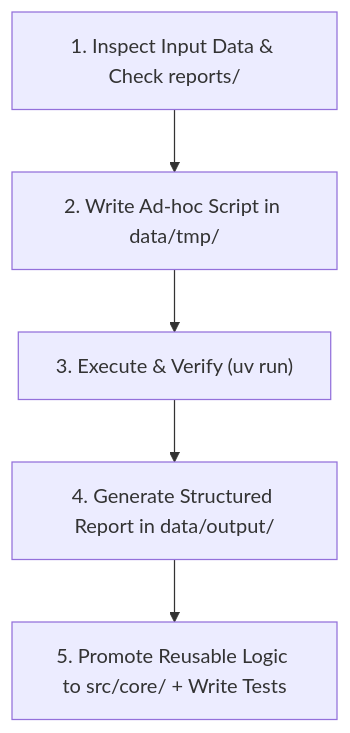
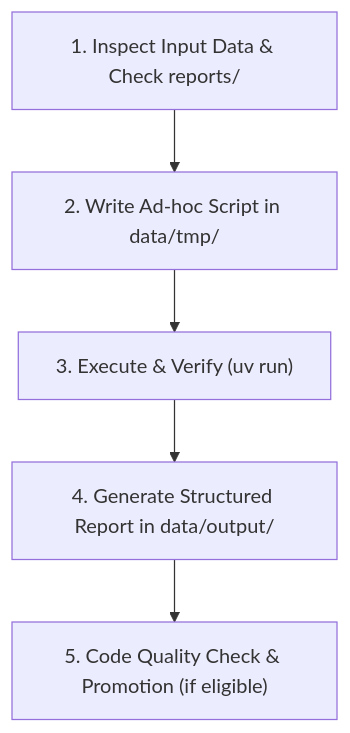
Before and after one commit to elmhuangyu/financial-bot: the diagram in AGENTS.md, drawn with Mermaid. The commit also changed other lines of this file and 4 other files, not shown here.

````diff
--- a/AGENTS.md
+++ b/AGENTS.md
@@ -126,7 +124,7 @@
 ```mermaid
 graph TD
     A["1. Inspect Input Data & Check reports/"] --> B["2. Write Ad-hoc Script in data/tmp/"]
     B --> C["3. Execute & Verify (uv run)"]
     C --> D["4. Generate Structured Report in data/output/"]
-    D --> E["5. Promote Reusable Logic to src/core/ + Write Tests"]
+    D --> E["5. Code Quality Check & Promotion (if eligible)"]
 ```
````
